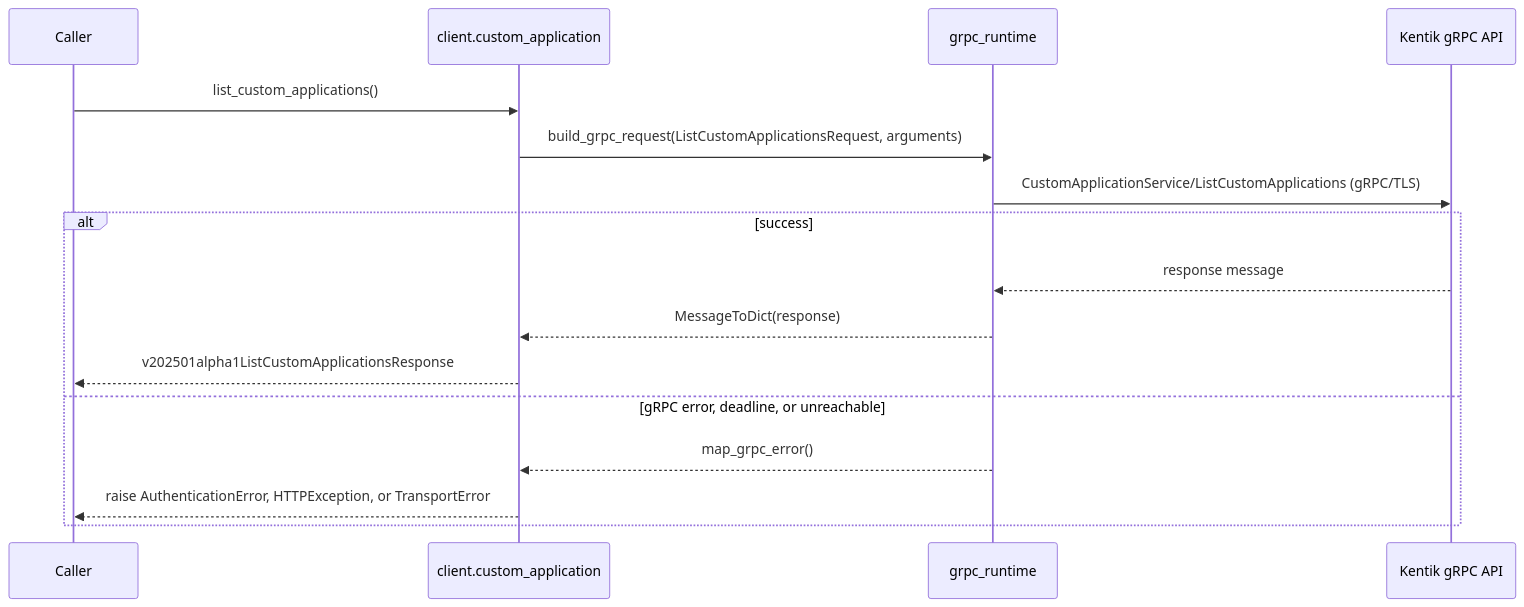
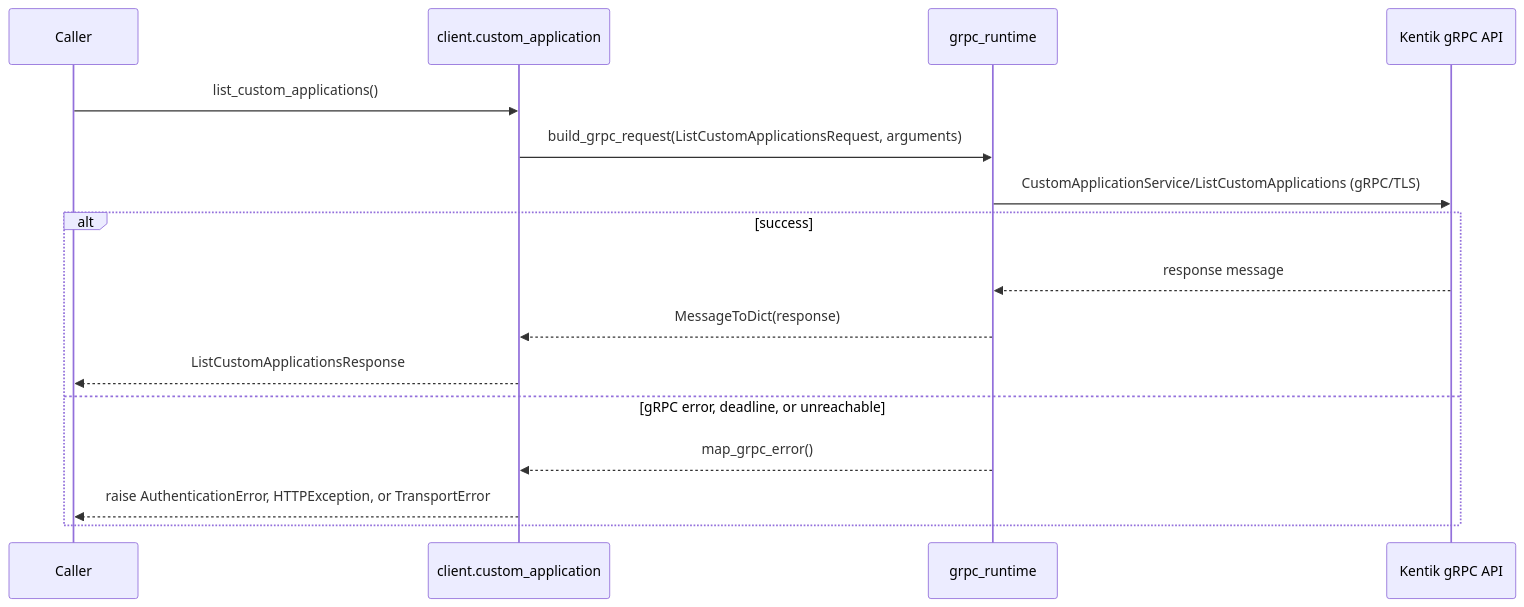
One commit to alexdearaujo/community_sdk_python changed the third of 12 diagrams in docs/sphinx/services/custom_application.md. Above: the diagram before and after it, drawn with Mermaid. The commit also changed other lines of this file and 38 other files, not shown here.

````diff
--- a/docs/sphinx/services/custom_application.md
+++ b/docs/sphinx/services/custom_application.md
@@ -59,19 +59,19 @@
 ```mermaid
 sequenceDiagram
     participant C as Caller
     participant W as client.custom_application
     participant R as grpc_runtime
     participant API as Kentik gRPC API
 
     C->>W: list_custom_applications()
     W->>R: build_grpc_request(ListCustomApplicationsRequest, arguments)
     R->>API: CustomApplicationService/ListCustomApplications (gRPC/TLS)
     alt success
         API-->>R: response message
         R-->>W: MessageToDict(response)
-        W-->>C: v202501alpha1ListCustomApplicationsResponse
+        W-->>C: ListCustomApplicationsResponse
     else gRPC error, deadline, or unreachable
         R-->>W: map_grpc_error()
         W-->>C: raise AuthenticationError, HTTPException, or TransportError
     end
 ```
````
